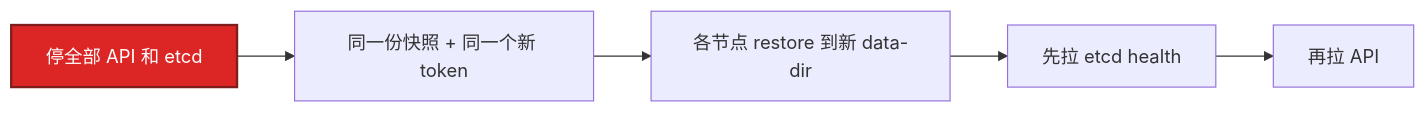
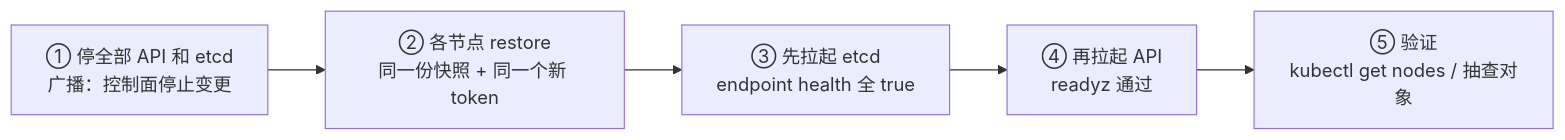
The sixth of 7 diagrams in 03-Kubernetes/02-etcd/知识点.md (ml-cuizijun/LearnToLilith), drawn with Mermaid before and after one commit. The commit also changed other lines of this file and 470 other files, not shown here.

````diff
--- a/03-Kubernetes/02-etcd/知识点.md
+++ b/03-Kubernetes/02-etcd/知识点.md
@@ -563,10 +361,7 @@
 ```mermaid
 flowchart LR
-    A[停全部 API 和 etcd] --> B[同一份快照 + 同一个新 token]
-    B --> C[各节点 restore 到新 data-dir]
-    C --> D[先拉 etcd health]
-    D --> E[再拉 API]
-
-    classDef bad fill:#DC2626,stroke:#7F1D1D,stroke-width:2px,color:#fff
-    class A bad
+    A["① 停全部 API 和 etcd<br/>广播：控制面停止变更"] --> B["② 各节点 restore<br/>同一份快照 + 同一个新 token"]
+    B --> C["③ 先拉起 etcd<br/>endpoint health 全 true"]
+    C --> D["④ 再拉起 API<br/>readyz 通过"]
+    D --> E["⑤ 验证<br/>kubectl get nodes / 抽查对象"]
 ```
````
